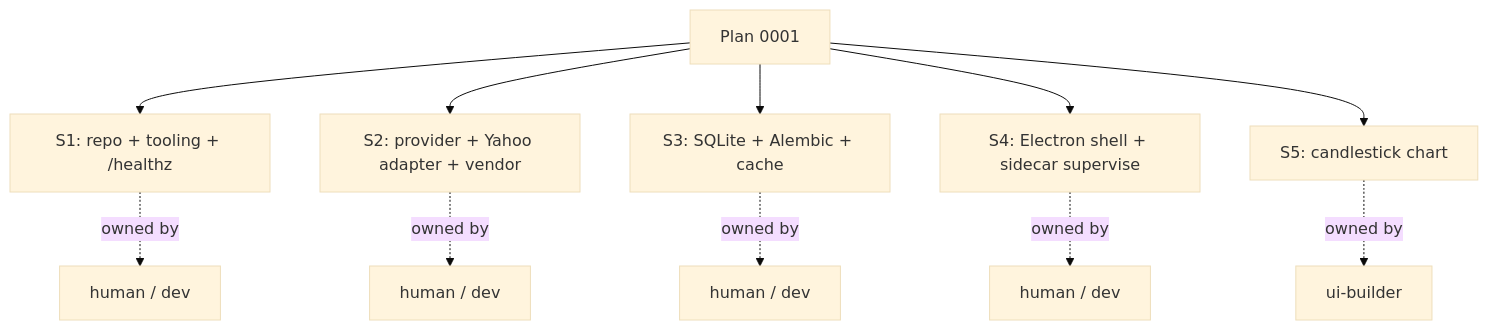
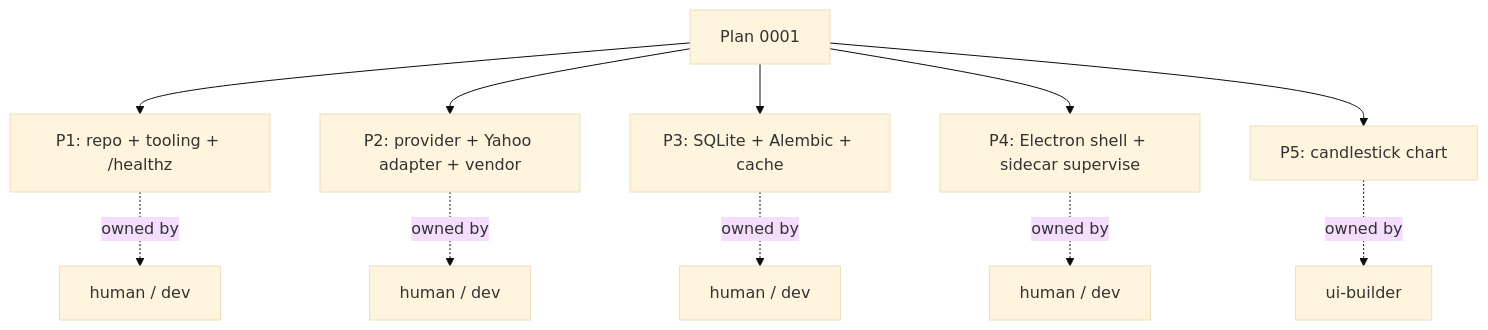
One commit to IgorKonovalov/market-analyzer changed the second of 2 diagrams in docs/architecture/plans/0001-bootstrap.md. Above: the diagram before and after it, drawn with Mermaid (base theme). The commit also changed other lines of this file and 11 other files, not shown here.

First line of the commit message:
docs: rename plan "slices" to "phases" across architecture docs

````diff
--- a/docs/architecture/plans/0001-bootstrap.md
+++ b/docs/architecture/plans/0001-bootstrap.md
@@ -211,14 +211,14 @@
 ```mermaid
 flowchart TD
-    Plan[Plan 0001] --> S1[S1: repo + tooling + /healthz]
-    Plan --> S2[S2: provider + Yahoo adapter + vendor]
-    Plan --> S3[S3: SQLite + Alembic + cache]
-    Plan --> S4[S4: Electron shell + sidecar supervise]
-    Plan --> S5[S5: candlestick chart]
+    Plan[Plan 0001] --> P1[P1: repo + tooling + /healthz]
+    Plan --> P2[P2: provider + Yahoo adapter + vendor]
+    Plan --> P3[P3: SQLite + Alembic + cache]
+    Plan --> P4[P4: Electron shell + sidecar supervise]
+    Plan --> P5[P5: candlestick chart]
 
-    S1 -.owned by.-> H1[human / dev]
-    S2 -.owned by.-> H2[human / dev]
-    S3 -.owned by.-> H3[human / dev]
-    S4 -.owned by.-> H4[human / dev]
-    S5 -.owned by.-> UB[ui-builder]
+    P1 -.owned by.-> H1[human / dev]
+    P2 -.owned by.-> H2[human / dev]
+    P3 -.owned by.-> H3[human / dev]
+    P4 -.owned by.-> H4[human / dev]
+    P5 -.owned by.-> UB[ui-builder]
 ```
````
